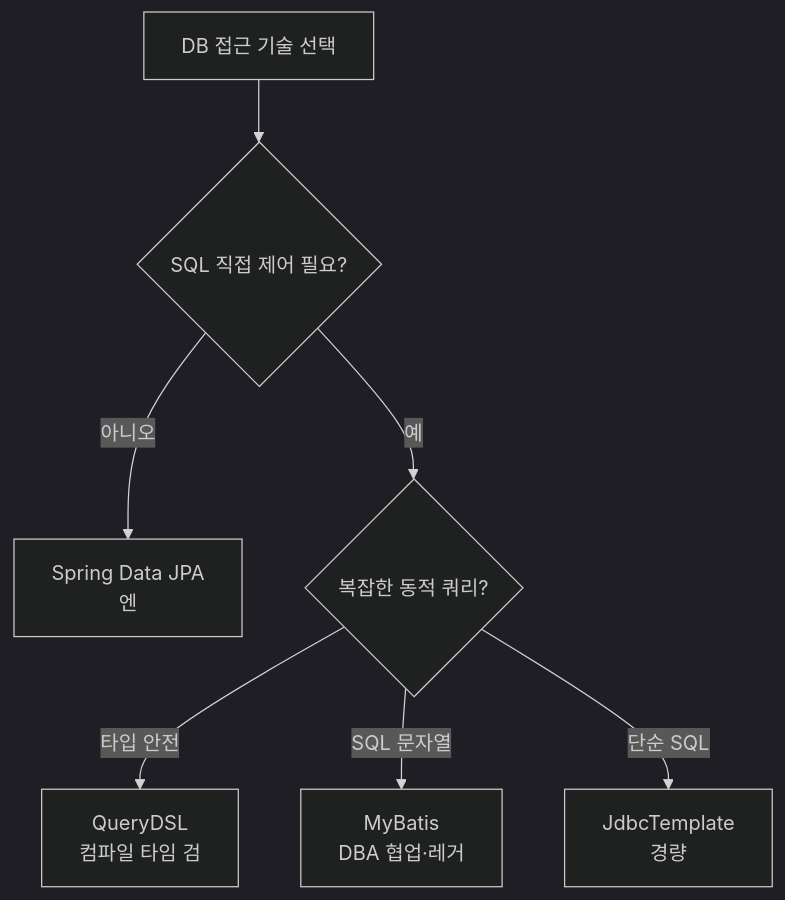
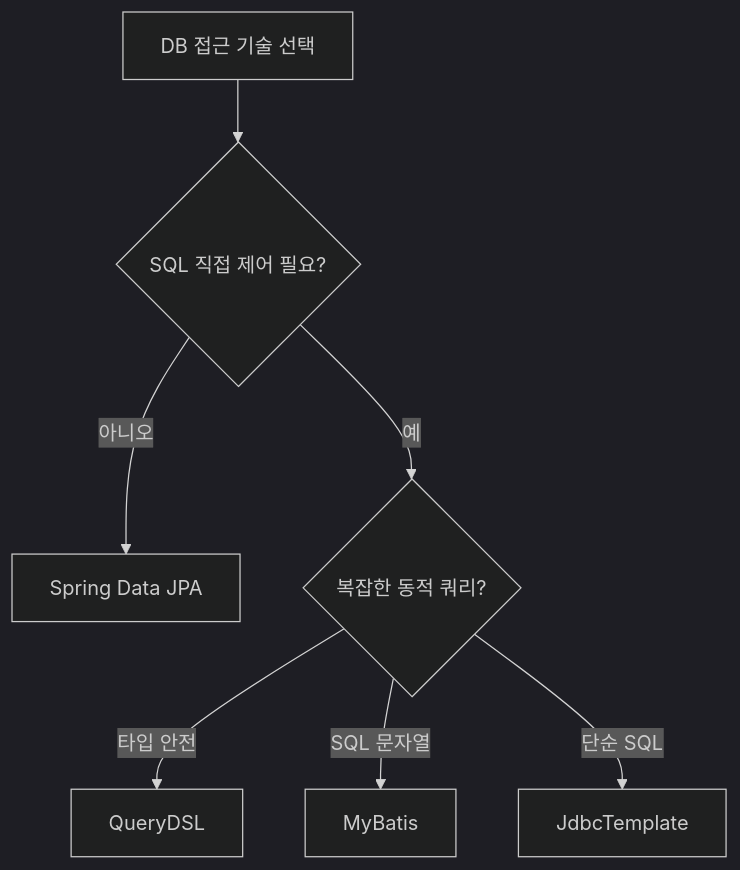
One commit to yjkim2015/yjkim2015.github.io changed the fourth of 4 diagrams in _posts/spring/2026-05-02-spring-db-2.md. Above: the diagram before and after it, drawn with Mermaid (dark theme). The commit also changed 217 other files, not shown here.

First line of the commit message:
Mermaid 크기 수정: useMaxWidth:true + SVG max-width:100% + 라벨 축소

````diff
--- a/_posts/spring/2026-05-02-spring-db-2.md
+++ b/_posts/spring/2026-05-02-spring-db-2.md
@@ -642,9 +642,9 @@
 ```mermaid
 flowchart TD
     A["DB 접근 기술 선택"] --> B{"SQL 직접 제어 필요?"}
-    B -->|"아니오"| C["Spring Data JPA\n엔"]
+    B -->|"아니오"| C["Spring Data JPA"]
     B -->|"예"| D{"복잡한 동적 쿼리?"}
-    D -->|"타입 안전"| E["QueryDSL\n컴파일 타임 검"]
-    D -->|"SQL 문자열"| F["MyBatis\nDBA 협업·레거"]
-    D -->|"단순 SQL"| G["JdbcTemplate\n경량"]
+    D -->|"타입 안전"| E["QueryDSL"]
+    D -->|"SQL 문자열"| F["MyBatis"]
+    D -->|"단순 SQL"| G["JdbcTemplate"]
 ```
````
